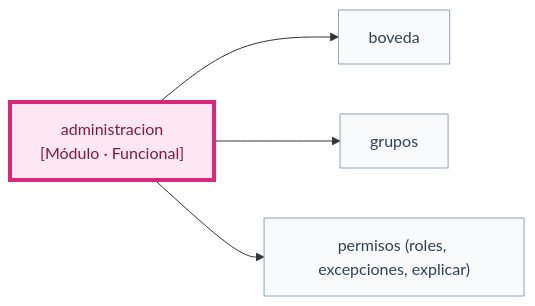
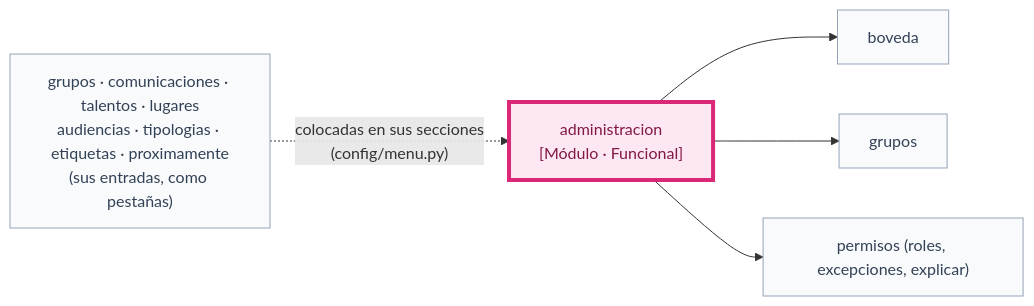
One commit to chemabc/groupy changed diagram 24 of 34 in docs/arquitectura.md. Above: the diagram before and after it, drawn with Mermaid. The commit also changed other lines of this file and 135 other files, not shown here.

````diff
--- a/docs/arquitectura.md
+++ b/docs/arquitectura.md
@@ -691,12 +699,14 @@
 ```mermaid
 flowchart LR
   classDef yo fill:#fce7f3,stroke:#db2777,stroke-width:4px,color:#831843
   classDef otro fill:#f8fafc,stroke:#94a3b8,color:#334155
   adm["administracion<br/>[Módulo · Funcional]"]:::yo
   bov["boveda"]:::otro
   gru["grupos"]:::otro
   per["permisos (roles, excepciones, explicar)"]:::otro
+  otros["grupos · comunicaciones · talentos · lugares<br/>audiencias · tipologias · etiquetas · proximamente<br/>(sus entradas, como pestañas)"]:::otro
   adm --> bov
   adm --> gru
   adm --> per
+  otros -. "colocadas en sus secciones<br/>(config/menu.py)" .-> adm
 ```
````
